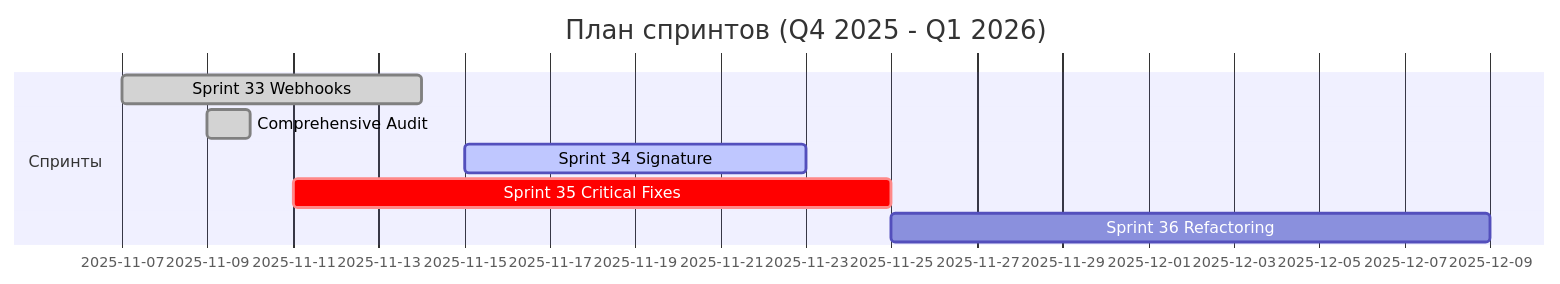
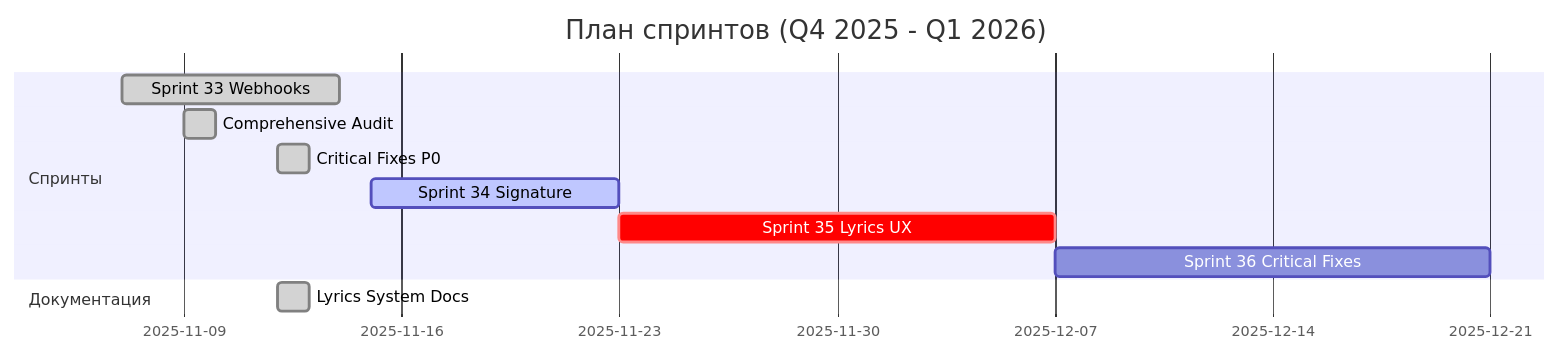
The diagram in project-management/SPRINT_STATUS.md (HOW2AI-AGENCY/albert3-muse-synth-studio), drawn with Mermaid before and after one commit. The commit also changed other lines of this file and 2 other files, not shown here.

````diff
--- a/project-management/SPRINT_STATUS.md
+++ b/project-management/SPRINT_STATUS.md
@@ -17,11 +18,14 @@
 ```mermaid
 gantt
     title План спринтов (Q4 2025 - Q1 2026)
     dateFormat  YYYY-MM-DD
     section Спринты
     Sprint 33 Webhooks :done, 2025-11-07, 7d
     Comprehensive Audit :done, 2025-11-09, 1d
+    Critical Fixes P0 :done, 2025-11-12, 1d
     Sprint 34 Signature :active, 2025-11-15, 8d
-    Sprint 35 Critical Fixes :crit, 2025-11-11, 14d
-    Sprint 36 Refactoring :2025-11-25, 14d
+    Sprint 35 Lyrics UX :crit, 2025-11-23, 14d
+    Sprint 36 Critical Fixes :2025-12-07, 14d
+    section Документация
+    Lyrics System Docs :done, 2025-11-12, 1d
 ```
````
